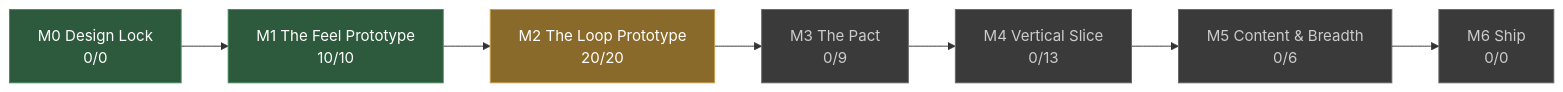
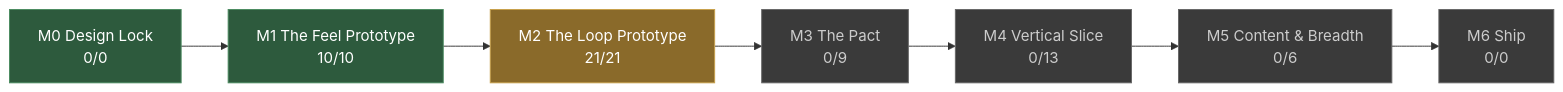
One commit to JoshuaGessner/she changed the diagram in docs/STATUS.md. Above: the diagram before and after it, drawn with Mermaid. The commit also changed other lines of this file and 9 other files, not shown here.

````diff
--- a/docs/STATUS.md
+++ b/docs/STATUS.md
@@ -13,19 +13,19 @@
 ```mermaid
 flowchart LR
   M0["M0 Design Lock<br/>0/0"]:::passed
   M1["M1 The Feel Prototype<br/>10/10"]:::passed
   M0 --> M1
-  M2["M2 The Loop Prototype<br/>20/20"]:::current
+  M2["M2 The Loop Prototype<br/>21/21"]:::current
   M1 --> M2
   M3["M3 The Pact<br/>0/9"]:::ahead
   M2 --> M3
   M4["M4 Vertical Slice<br/>0/13"]:::ahead
   M3 --> M4
   M5["M5 Content & Breadth<br/>0/6"]:::ahead
   M4 --> M5
   M6["M6 Ship<br/>0/0"]:::ahead
   M5 --> M6
   classDef passed fill:#2d5a3d,stroke:#4a8a5f,color:#fff
   classDef current fill:#8a6a2a,stroke:#c8a04a,color:#fff
   classDef ahead fill:#3a3a3a,stroke:#666,color:#ccc
 ```
````
